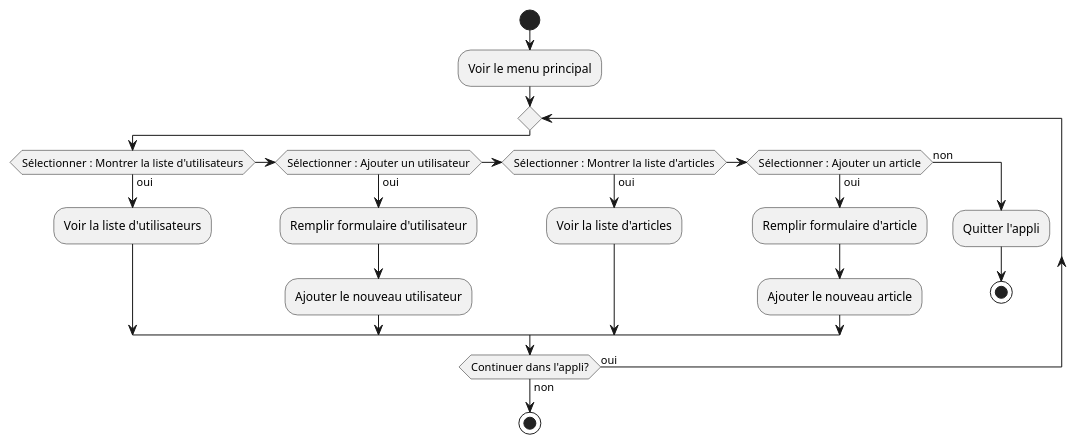
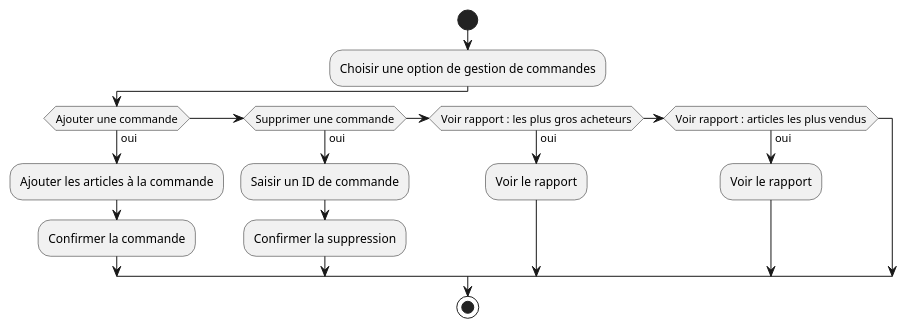
Before and after one commit to guteacher/log430-a25-labo2: the diagram in docs/uml/activity.puml, drawn with PlantUML. The commit also changed 5 other files, not shown here.

```diff
--- a/docs/uml/activity.puml
+++ b/docs/uml/activity.puml
@@ -1,21 +1,16 @@
 @startuml
     start
-    :Voir le menu principal;
-        repeat
-            if (Sélectionner : Montrer la liste d'utilisateurs) then (oui)
-                :Voir la liste d'utilisateurs;
-            elseif (Sélectionner : Ajouter un utilisateur) then (oui) 
-                :Remplir formulaire d'utilisateur;
-                :Ajouter le nouveau utilisateur;
-            elseif (Sélectionner : Montrer la liste d'articles) then (oui)
-                :Voir la liste d'articles;
-            elseif (Sélectionner : Ajouter un article) then (oui) 
-                :Remplir formulaire d'article;
-                :Ajouter le nouveau article;
-            else (non)
-                :Quitter l'appli;
-                stop
-            endif
-        repeat while (Continuer dans l'appli?) is (oui) not (non)
+        :Choisir une option de gestion de commandes;
+        if (Ajouter une commande) then (oui)
+            :Ajouter les articles à la commande;
+            :Confirmer la commande;
+        elseif (Supprimer une commande) then (oui) 
+            :Saisir un ID de commande;
+            :Confirmer la suppression;
+        elseif (Voir rapport : les plus gros acheteurs) then (oui)
+            :Voir le rapport;
+        elseif (Voir rapport : articles les plus vendus) then (oui) 
+            :Voir le rapport;
+        endif
     stop
 @enduml
```
